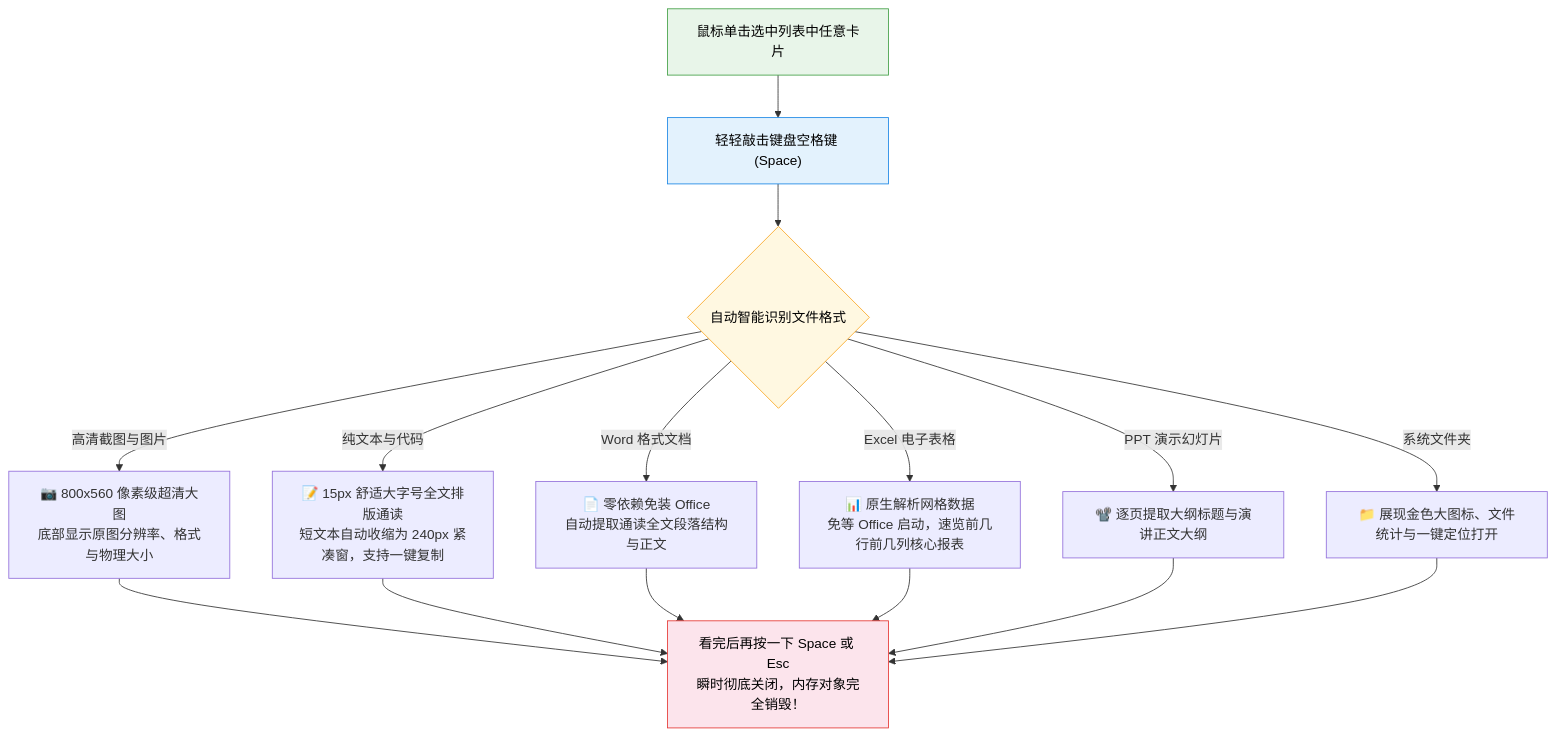
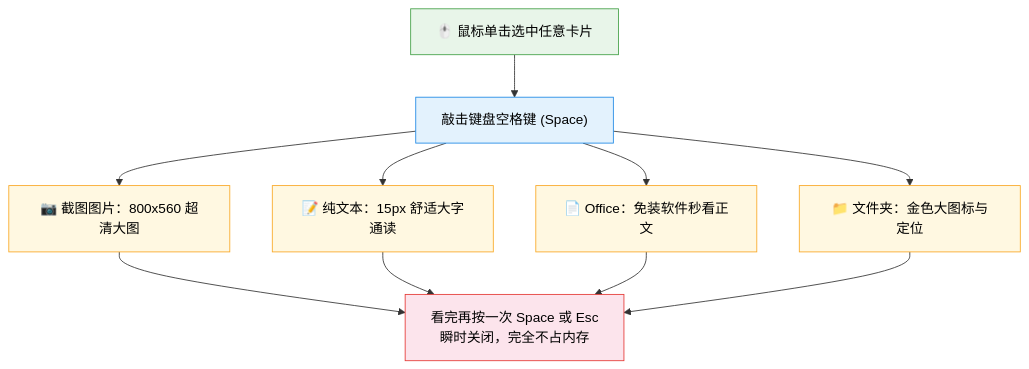
The fourth of 7 diagrams in README.md (CatBoss-Paw/EasyClipboard), drawn with Mermaid before and after one commit. The commit also changed other lines of this file, not shown here.

Commit message:
fix(docs): 全面重构所有Mermaid图为紧凑纵向流，短行规整换行，彻底根除横向挤压与文字截断

````diff
--- a/README.md
+++ b/README.md
@@ -178,24 +125,20 @@
 ```mermaid
 graph TD
-    ITEM["鼠标单击选中列表中任意卡片"] --> PRESS["轻轻敲击键盘空格键 (Space)"]
-    PRESS --> BRANCH{"自动智能识别文件格式"}
+    A["🖱️ 鼠标单击选中任意卡片"] --> B["敲击键盘空格键 (Space)"]
+    B --> C1["📷 截图图片：800x560 超清大图"]
+    B --> C2["📝 纯文本：15px 舒适大字通读"]
+    B --> C3["📄 Office：免装软件秒看正文"]
+    B --> C4["📁 文件夹：金色大图标与定位"]
+    C1 --> D["看完再按一次 Space 或 Esc<br/>瞬时关闭，完全不占内存"]
+    C2 --> D
+    C3 --> D
+    C4 --> D
 
-    BRANCH -->|高清截图与图片| V_IMG["📷 800x560 像素级超清大图<br/>底部显示原图分辨率、格式与物理大小"]
-    BRANCH -->|纯文本与代码| V_TXT["📝 15px 舒适大字号全文排版通读<br/>短文本自动收缩为 240px 紧凑窗，支持一键复制"]
-    BRANCH -->|Word 格式文档| V_DOC["📄 零依赖免装 Office<br/>自动提取通读全文段落结构与正文"]
-    BRANCH -->|Excel 电子表格| V_XLS["📊 原生解析网格数据<br/>免等 Office 启动，速览前几行前几列核心报表"]
-    BRANCH -->|PPT 演示幻灯片| V_PPT["📽️ 逐页提取大纲标题与演讲正文大纲"]
-    BRANCH -->|系统文件夹| V_DIR["📁 展现金色大图标、文件统计与一键定位打开"]
-
-    V_IMG --> CLOSE["看完后再按一下 Space 或 Esc<br/>瞬时彻底关闭，内存对象完全销毁！"]
-    V_TXT --> CLOSE
-    V_DOC --> CLOSE
-    V_XLS --> CLOSE
-    V_PPT --> CLOSE
-    V_DIR --> CLOSE
-
-    style ITEM fill:#e8f5e9,stroke:#43a047,color:#000
-    style PRESS fill:#e3f2fd,stroke:#1e88e5,color:#000
-    style BRANCH fill:#fff8e1,stroke:#f9a825,color:#000
-    style CLOSE fill:#fce4ec,stroke:#e53935,color:#000
+    style A fill:#e8f5e9,stroke:#43a047,color:#000
+    style B fill:#e3f2fd,stroke:#1e88e5,color:#000
+    style C1 fill:#fff8e1,stroke:#f9a825,color:#000
+    style C2 fill:#fff8e1,stroke:#f9a825,color:#000
+    style C3 fill:#fff8e1,stroke:#f9a825,color:#000
+    style C4 fill:#fff8e1,stroke:#f9a825,color:#000
+    style D fill:#fce4ec,stroke:#e53935,color:#000
 ```
````
